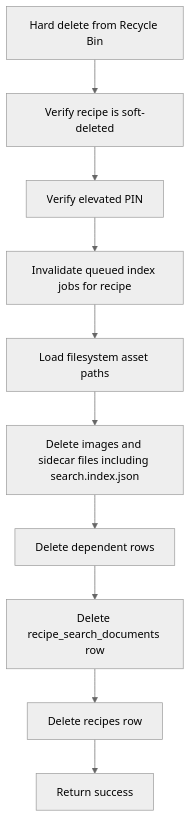
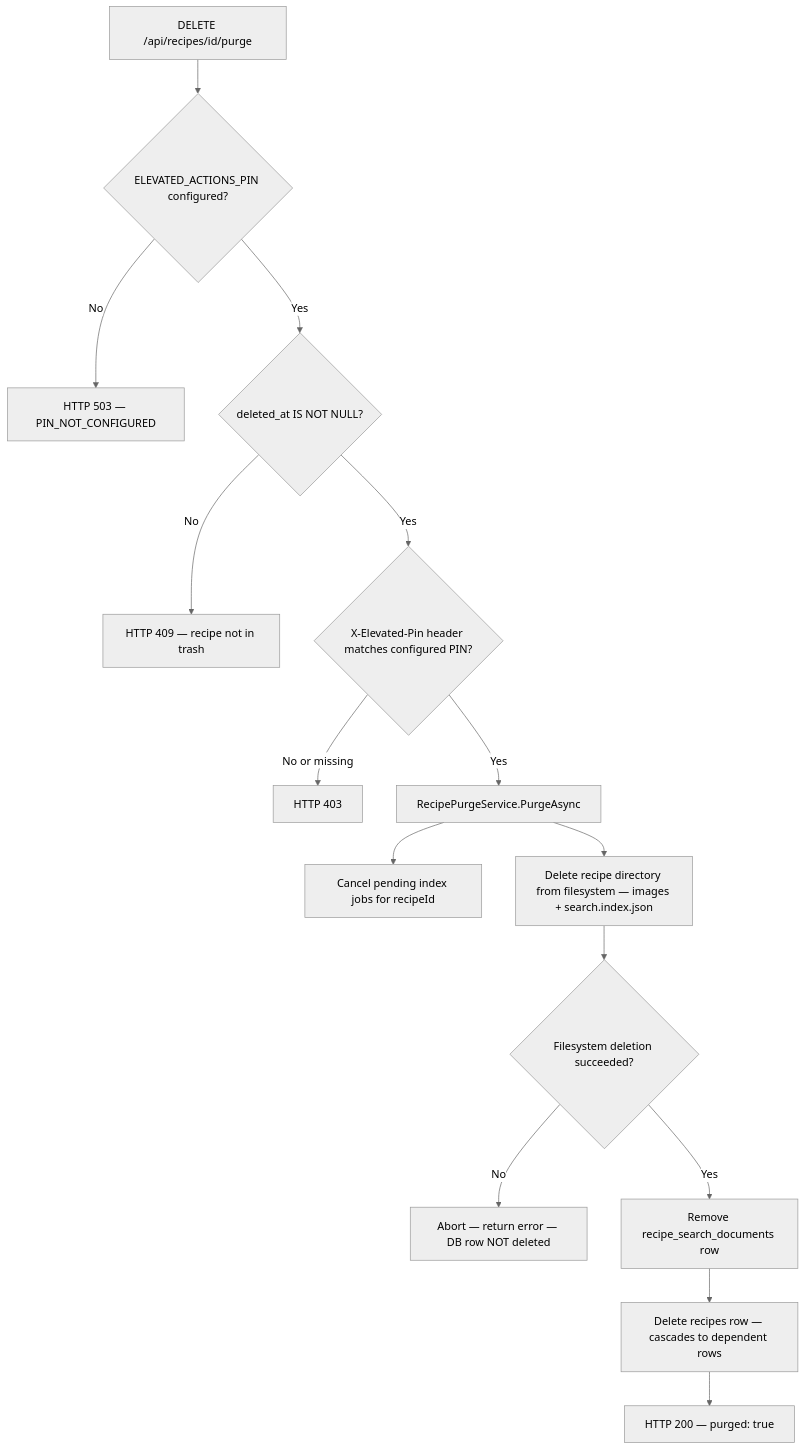
The sixth of 8 diagrams in docs/flows/data-flows/recipe-search-index-and-recovery.md (AlexandreBrisebois/whats-for-supper), drawn with Mermaid (neutral theme) before and after one commit. The commit also changed other lines of this file and 14 other files, not shown here.

````diff
--- a/docs/flows/data-flows/recipe-search-index-and-recovery.md
+++ b/docs/flows/data-flows/recipe-search-index-and-recovery.md
@@ -268,12 +320,17 @@
 ```mermaid
 flowchart TD
-    A[Hard delete from Recycle Bin] --> B[Verify recipe is soft-deleted]
-    B --> B1[Verify elevated PIN]
-    B1 --> B2[Invalidate queued index jobs for recipe]
-    B2 --> C[Load filesystem asset paths]
-    C --> D[Delete images and sidecar files including search.index.json]
-    D --> E[Delete dependent rows]
-    E --> F[Delete recipe_search_documents row]
-    F --> G[Delete recipes row]
-    G --> H[Return success]
+    A[DELETE /api/recipes/id/purge] --> B{ELEVATED_ACTIONS_PIN configured?}
+    B -->|No| C[HTTP 503 — PIN_NOT_CONFIGURED]
+    B -->|Yes| D{deleted_at IS NOT NULL?}
+    D -->|No| E[HTTP 409 — recipe not in trash]
+    D -->|Yes| F{X-Elevated-Pin header matches configured PIN?}
+    F -->|No or missing| G[HTTP 403]
+    F -->|Yes| H[RecipePurgeService.PurgeAsync]
+    H --> I[Cancel pending index jobs for recipeId]
+    H --> J[Delete recipe directory from filesystem — images + search.index.json]
+    J --> K{Filesystem deletion succeeded?}
+    K -->|No| L[Abort — return error — DB row NOT deleted]
+    K -->|Yes| M[Remove recipe_search_documents row]
+    M --> N[Delete recipes row — cascades to dependent rows]
+    N --> O[HTTP 200 — purged: true]
 ```
````
